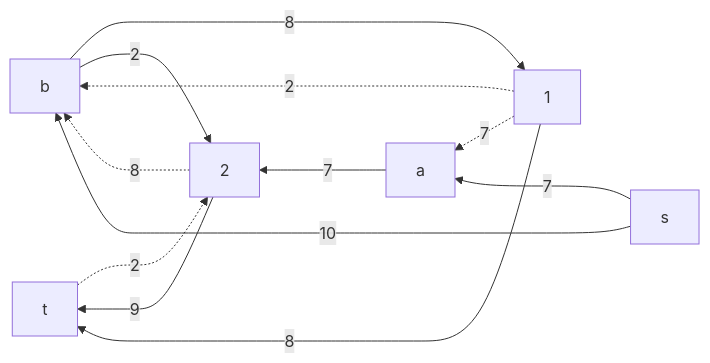
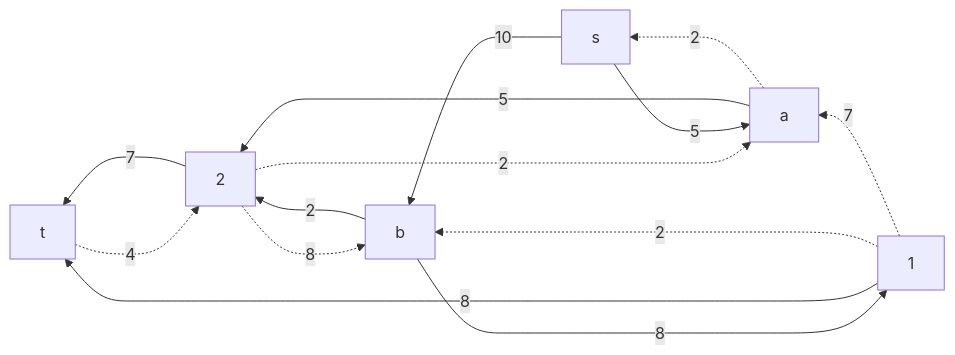
One commit to hse-algo-24-crow/manual-tasks-crow changed diagram 16 of 18 in task-11-plus/winx.md. Above: the diagram before and after it, drawn with Mermaid. The commit also changed other lines of this file, not shown here.

````diff
--- a/task-11-plus/winx.md
+++ b/task-11-plus/winx.md
@@ -117,14 +326,16 @@
 ```mermaid
 graph RL
-    s--->|7|a
+    s--->|5|a
+    a-.->|2|s
     s--->|10|b
     1-.->|7|a
     b--->|2|2
     2-.->|8|b
-    a--->|7|2
+    a--->|5|2
+    2-.->|2|a
+    1-.->|2|b
     b--->|8|1
-    1-.->|2|b
     1--->|8|t
-    2--->|9|t
-    t-.->|2|2
+    2--->|7|t
+    t-.->|4|2
 ```
````
